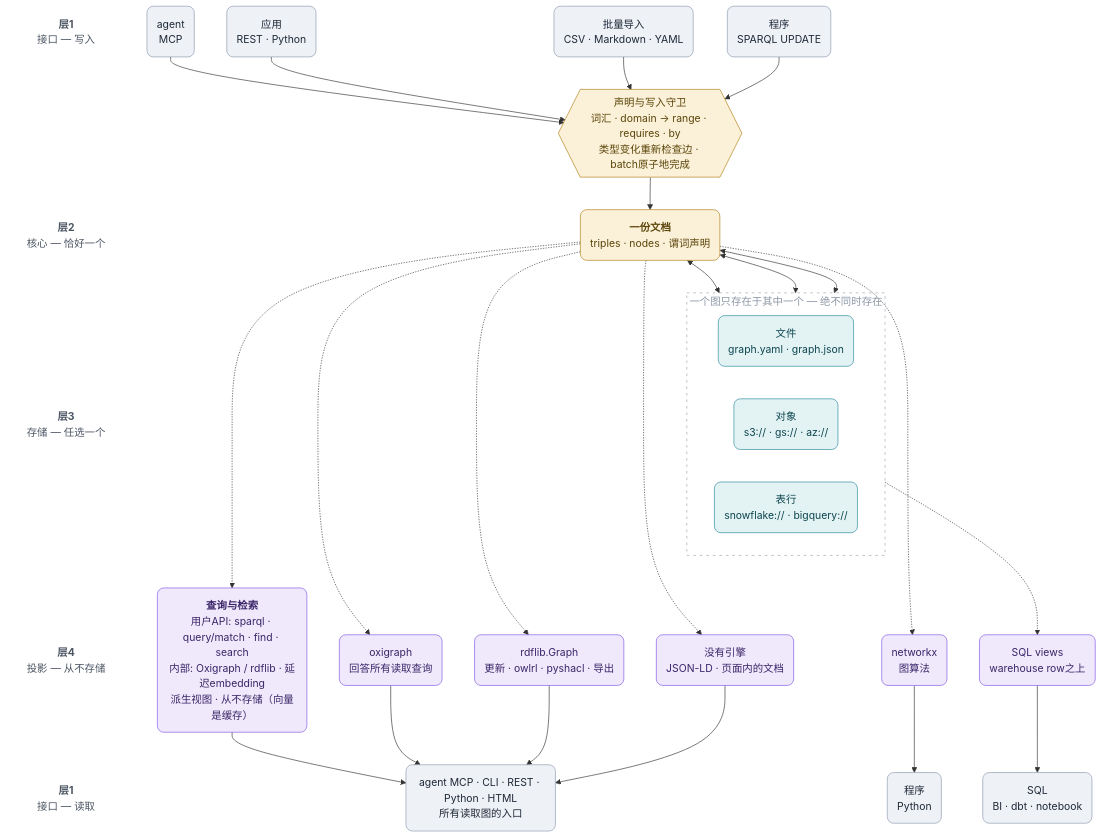
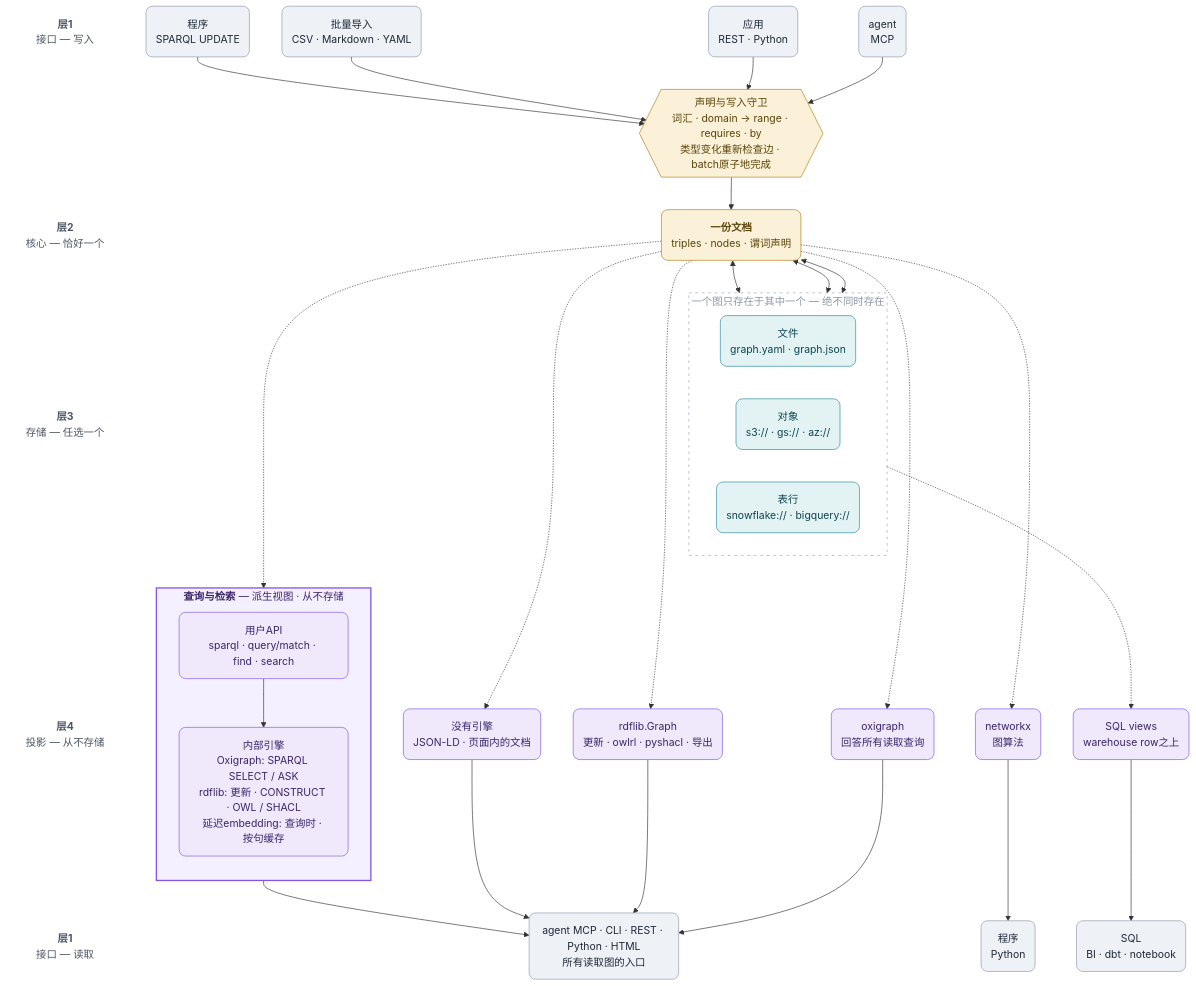
Before and after one commit to RyutoYoda/trikedb: the diagram in docs/ARCHITECTURE_zh.md, drawn with Mermaid. The commit also changed 2 other files, not shown here.

Commit message:
docs: nest query APIs and engines visually

````diff
--- a/docs/ARCHITECTURE_zh.md
+++ b/docs/ARCHITECTURE_zh.md
@@ -7,69 +7,75 @@
 ```mermaid
 flowchart TB
     LA["<b>层1</b><br/>接口 — 写入"]
     LG[" "]
     LB["<b>层2</b><br/>核心 — 恰好一个"]
     LC["<b>层3</b><br/>存储 — 任选一个"]
     LD["<b>层4</b><br/>投影 — 从不存储"]
     LE["<b>层1</b><br/>接口 — 读取"]
     LA ~~~ LG ~~~ LB ~~~ LC ~~~ LD ~~~ LE
 
     WA("agent<br/>MCP")
     WC("应用<br/>REST · Python")
     WI("批量导入<br/>CSV · Markdown · YAML")
     WP("程序<br/>SPARQL UPDATE")
     G{{"声明与写入守卫<br/>词汇 · domain → range · requires · by<br/>类型变化重新检查边 · batch原子地完成"}}
     C("<b>一份文档</b><br/>triples · nodes · 谓词声明")
     subgraph pick["一个图只存在于其中一个 — 绝不同时存在"]
         direction LR
         SF("文件<br/>graph.yaml · graph.json")
         SO("对象<br/>s3:// · gs:// · az://")
         SW("表行<br/>snowflake:// · bigquery://")
     end
     PO("oxigraph<br/>回答所有读取查询")
     PR("rdflib.Graph<br/>更新 · owlrl · pyshacl · 导出")
     PN("networkx<br/>图算法")
     PV("SQL views<br/>warehouse row之上")
     PD("没有引擎<br/>JSON-LD · 页面内的文档")
-    Q("<b>查询与检索</b><br/>用户API: sparql · query/match · find · search<br/>内部: Oxigraph / rdflib · 延迟embedding<br/>派生视图 · 从不存储（向量是缓存）")
+    subgraph query["<b>查询与检索</b> — 派生视图 · 从不存储"]
+        direction TB
+        QAPI["用户API<br/>sparql · query/match · find · search"]
+        QENG["内部引擎<br/>Oxigraph: SPARQL SELECT / ASK<br/>rdflib: 更新 · CONSTRUCT · OWL / SHACL<br/>延迟embedding: 查询时 · 按句缓存"]
+        QAPI --> QENG
+    end
     RQ("agent MCP · CLI · REST · Python · HTML<br/>所有读取图的入口")
     RG("程序<br/>Python")
     RS("SQL<br/>BI · dbt · notebook")
 
     WA --> G
     WC --> G
     WI --> G
     WP --> G
     G --> C
     C <--> SF
     C <--> SO
     C <--> SW
     SF ~~~ PO
     SF ~~~ PR
     SO ~~~ PN
     SW -.-> PV
     SW ~~~ PD
     C -.-> PO
     C -.-> PR
     C -.-> PN
     C -.-> PD
-    C -.-> Q
-    Q --> RQ
+    C -.-> QAPI
+    QENG --> RQ
     PO --> RQ
     PR --> RQ
     PN --> RG
     PV --> RS
     PD --> RQ
 
     style pick fill:none,stroke:#9aa4b3,stroke-width:1px,stroke-dasharray:4 6,color:#8d97a6
+    style query fill:#f5f0ff,stroke:#8055e6,stroke-width:2px,color:#3a2568
     classDef lbl fill:none,stroke:none,color:#4b5563
     classDef iface fill:#eef1f6,stroke:#8d9aad,color:#1f2937,rx:10,ry:10
     classDef core fill:#fbf1d8,stroke:#b07d17,color:#5a4409,rx:10,ry:10
     classDef store fill:#e3f3f4,stroke:#2b8a9c,color:#0c454f,rx:10,ry:10
     classDef proj fill:#efe9fb,stroke:#8055e6,color:#3a2568,rx:10,ry:10
     class LA,LG,LB,LC,LD,LE lbl
     class WA,WC,WI,WP,RQ,RG,RS iface
     class C,G core
     class SF,SO,SW store
-    class PO,PR,PN,PV,PD,Q proj
+    class PO,PR,PN,PV,PD,QAPI,QENG proj
 ```
````
